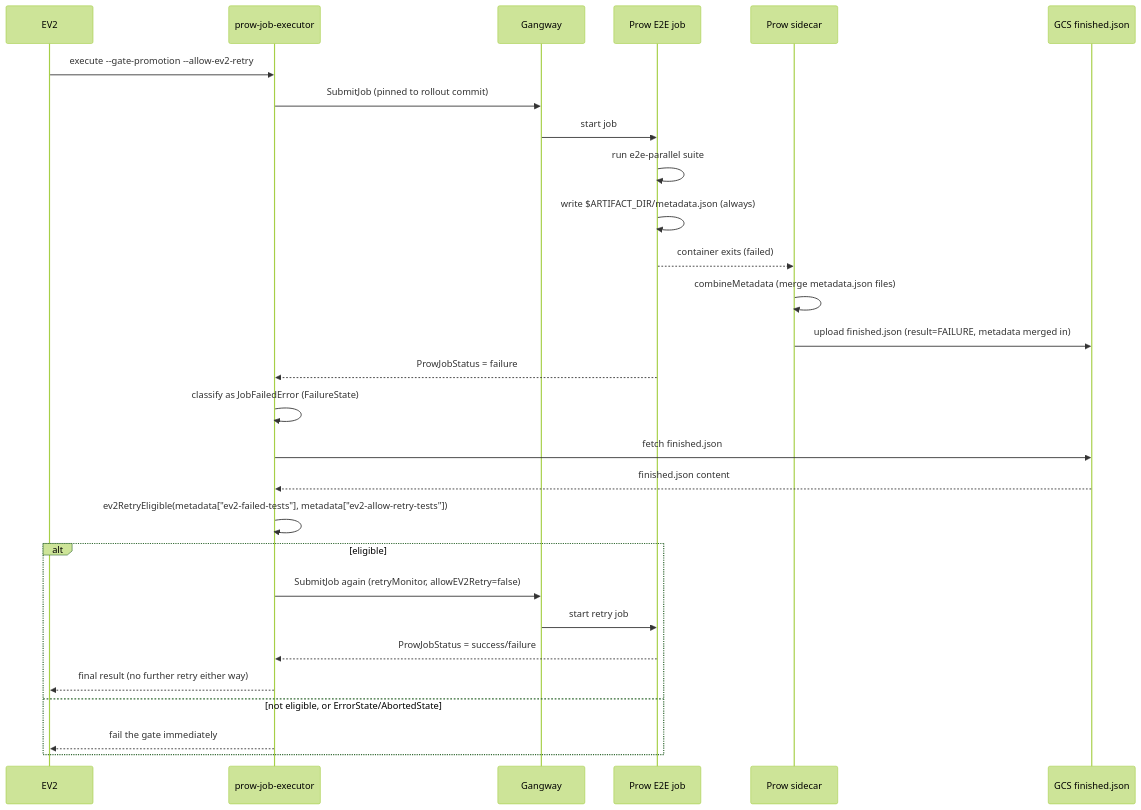
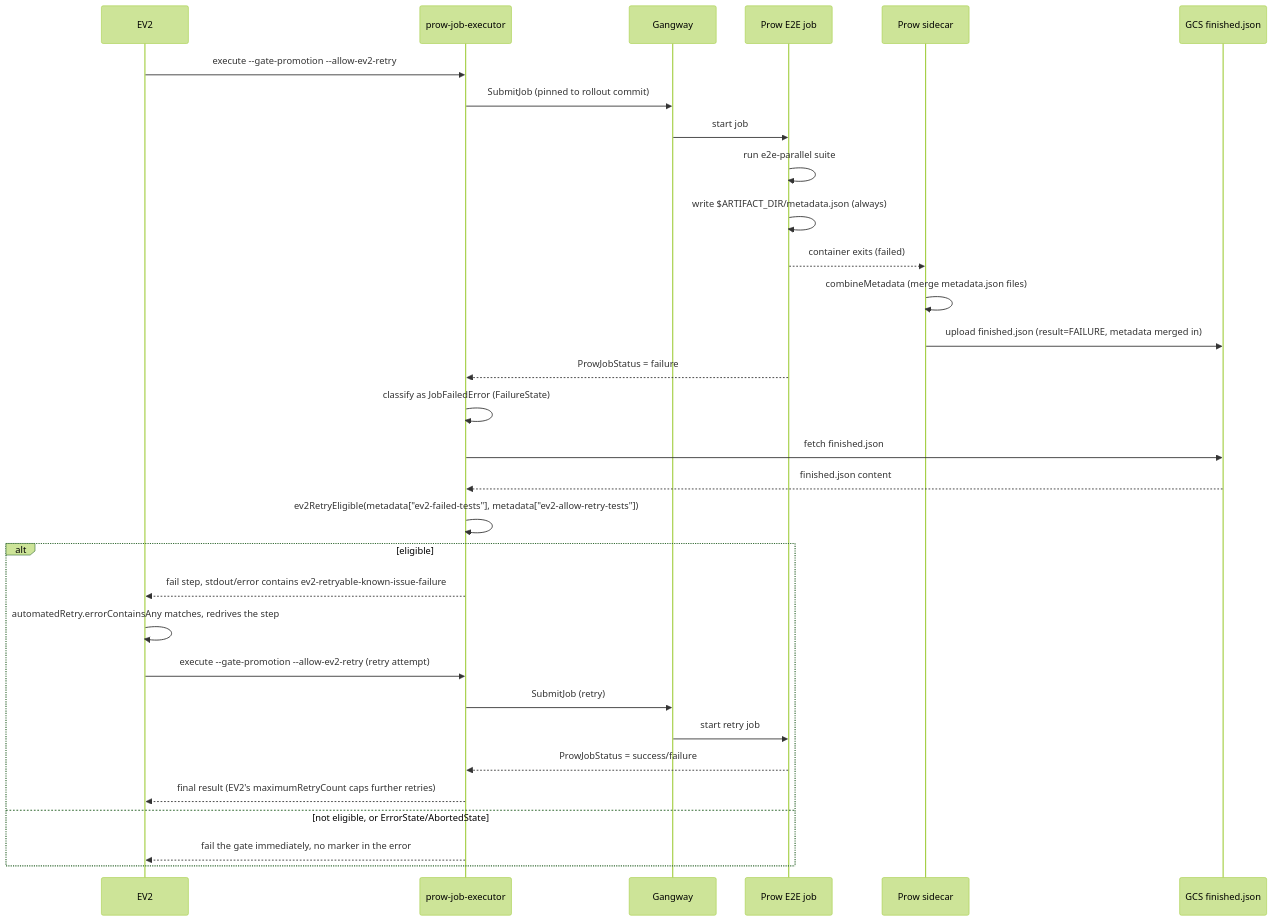
The second of 2 diagrams in docs/ci/ev2-retry-catcher.md (Azure/ARO-HCP), drawn with Mermaid (forest theme) before and after one commit. The commit also changed other lines of this file, not shown here.

First line of the commit message:
docs(ci): update design for the fail-with-marker + EV2 automatedRetry design

````diff
--- a/docs/ci/ev2-retry-catcher.md
+++ b/docs/ci/ev2-retry-catcher.md
@@ -65,31 +73,34 @@
 ```mermaid
 sequenceDiagram
     participant EV2
     participant executor as prow-job-executor
     participant gangway as Gangway
     participant job as Prow E2E job
     participant sidecar as Prow sidecar
     participant gcs as GCS finished.json
 
     EV2->>executor: execute --gate-promotion --allow-ev2-retry
     executor->>gangway: SubmitJob (pinned to rollout commit)
     gangway->>job: start job
     job->>job: run e2e-parallel suite
     job->>job: write $ARTIFACT_DIR/metadata.json (always)
     job-->>sidecar: container exits (failed)
     sidecar->>sidecar: combineMetadata (merge metadata.json files)
     sidecar->>gcs: upload finished.json (result=FAILURE, metadata merged in)
     job-->>executor: ProwJobStatus = failure
     executor->>executor: classify as JobFailedError (FailureState)
     executor->>gcs: fetch finished.json
     gcs-->>executor: finished.json content
     executor->>executor: ev2RetryEligible(metadata["ev2-failed-tests"], metadata["ev2-allow-retry-tests"])
     alt eligible
-        executor->>gangway: SubmitJob again (retryMonitor, allowEV2Retry=false)
+        executor-->>EV2: fail step, stdout/error contains ev2-retryable-known-issue-failure
+        EV2->>EV2: automatedRetry.errorContainsAny matches, redrives the step
+        EV2->>executor: execute --gate-promotion --allow-ev2-retry (retry attempt)
+        executor->>gangway: SubmitJob (retry)
         gangway->>job: start retry job
         job-->>executor: ProwJobStatus = success/failure
-        executor-->>EV2: final result (no further retry either way)
+        executor-->>EV2: final result (EV2's maximumRetryCount caps further retries)
     else not eligible, or ErrorState/AbortedState
-        executor-->>EV2: fail the gate immediately
+        executor-->>EV2: fail the gate immediately, no marker in the error
     end
 ```
````
